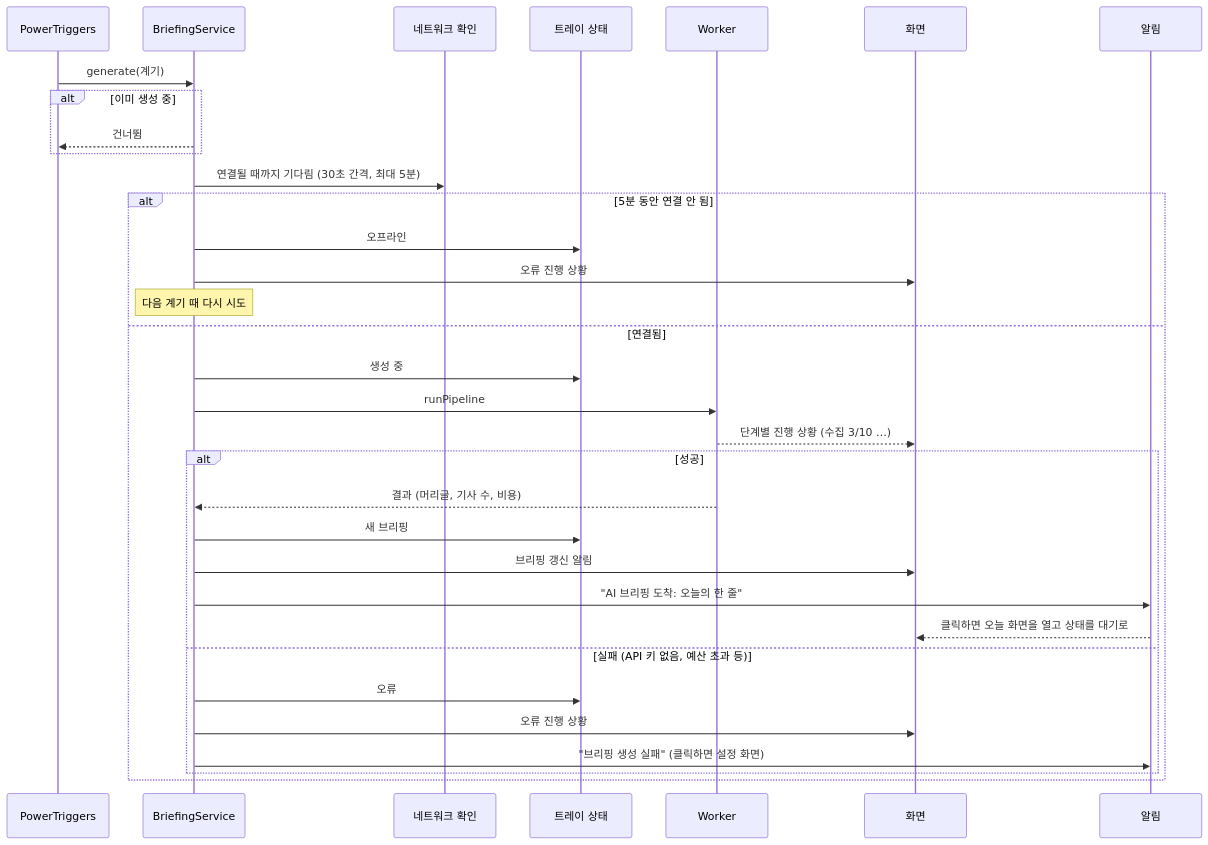
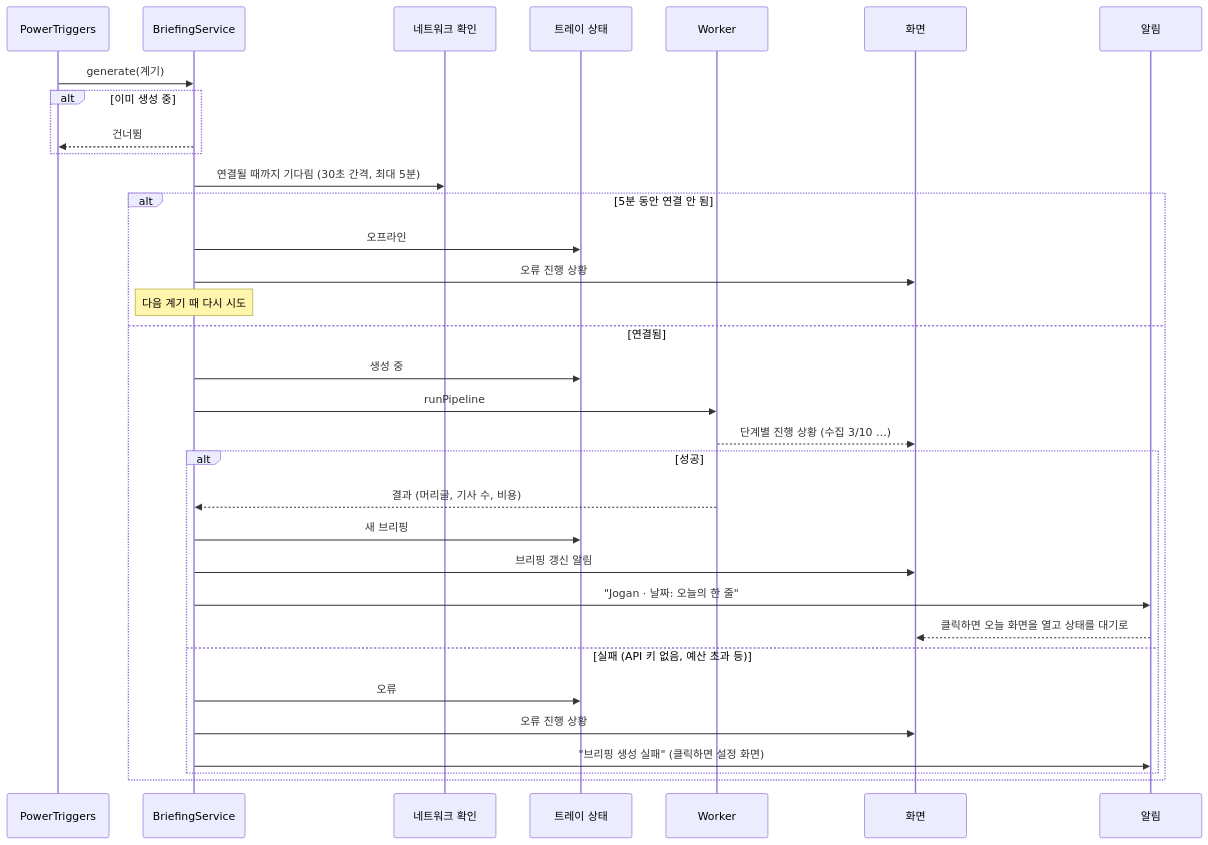
The second of 7 diagrams in docs/04-business-flows.md (EPIGEXE/jogan-news), drawn with Mermaid before and after one commit. The commit also changed other lines of this file and 123 other files, not shown here.

````diff
--- a/docs/04-business-flows.md
+++ b/docs/04-business-flows.md
@@ -38,35 +45,35 @@
 ```mermaid
 sequenceDiagram
   participant T as PowerTriggers
   participant B as BriefingService
   participant N as 네트워크 확인
   participant S as 트레이 상태
   participant W as Worker
   participant R as 화면
   participant A as 알림
   T->>B: generate(계기)
   alt 이미 생성 중
     B-->>T: 건너뜀
   end
   B->>N: 연결될 때까지 기다림 (30초 간격, 최대 5분)
   alt 5분 동안 연결 안 됨
     B->>S: 오프라인
     B->>R: 오류 진행 상황
     Note over B: 다음 계기 때 다시 시도
   else 연결됨
     B->>S: 생성 중
     B->>W: runPipeline
     W-->>R: 단계별 진행 상황 (수집 3/10 …)
     alt 성공
       W-->>B: 결과 (머리글, 기사 수, 비용)
       B->>S: 새 브리핑
       B->>R: 브리핑 갱신 알림
-      B->>A: "AI 브리핑 도착: 오늘의 한 줄"
+      B->>A: "Jogan · 날짜: 오늘의 한 줄"
       A-->>R: 클릭하면 오늘 화면을 열고 상태를 대기로
     else 실패 (API 키 없음, 예산 초과 등)
       B->>S: 오류
       B->>R: 오류 진행 상황
       B->>A: "브리핑 생성 실패" (클릭하면 설정 화면)
     end
   end
 ```
````
